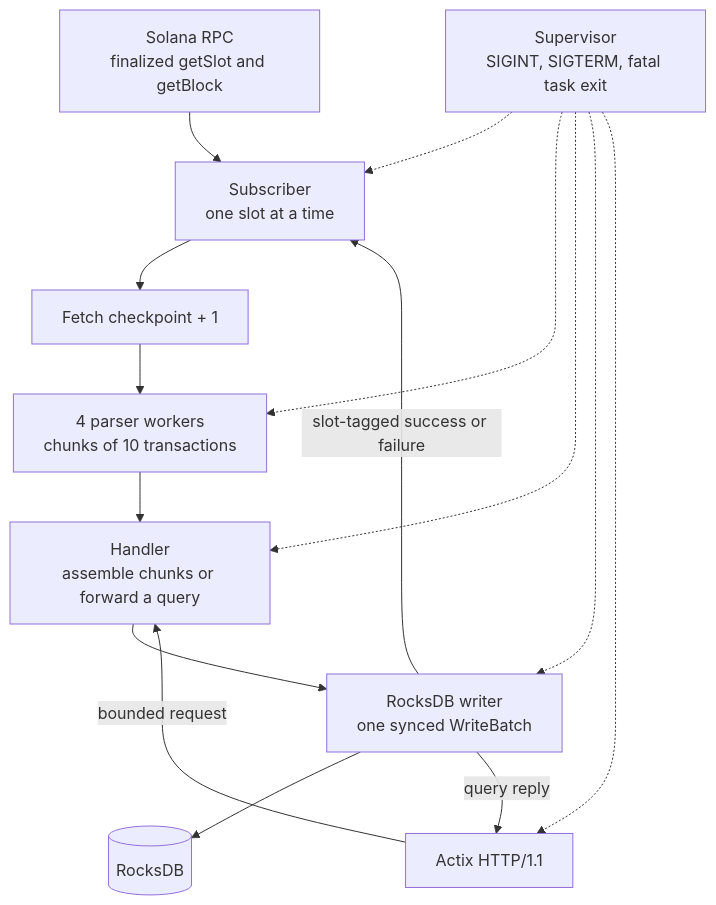
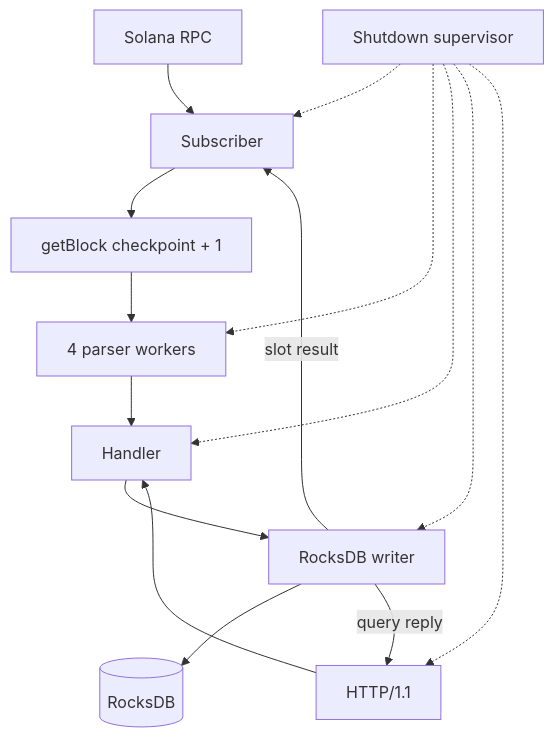
The diagram in README.md (ayushmishra2005/Solana-Aggregator), drawn with Mermaid before and after one commit. The commit also changed other lines of this file and 7 other files, not shown here.

````diff
--- a/README.md
+++ b/README.md
@@ -24,22 +20,22 @@
 ```mermaid
 flowchart TD
-  rpc["Solana RPC<br/>finalized getSlot and getBlock"]
-  sub["Subscriber<br/>one slot at a time"]
-  fetch["Fetch checkpoint + 1"]
-  workers["4 parser workers<br/>chunks of 10 transactions"]
-  handler["Handler<br/>assemble chunks or forward a query"]
-  writer["RocksDB writer<br/>one synced WriteBatch"]
+  rpc["Solana RPC"]
+  sub["Subscriber"]
+  fetch["getBlock checkpoint + 1"]
+  workers["4 parser workers"]
+  handler["Handler"]
+  writer["RocksDB writer"]
   db[("RocksDB")]
-  http["Actix HTTP/1.1"]
-  life["Supervisor<br/>SIGINT, SIGTERM, fatal task exit"]
+  http["HTTP/1.1"]
+  life["Shutdown supervisor"]
 
   rpc --> sub --> fetch --> workers --> handler --> writer --> db
-  writer -->|"slot-tagged success or failure"| sub
-  http -->|"bounded request"| handler
+  writer -->|"slot result"| sub
+  http --> handler
   writer -->|"query reply"| http
   life -.-> sub
   life -.-> workers
   life -.-> handler
   life -.-> writer
   life -.-> http
 ```
````
